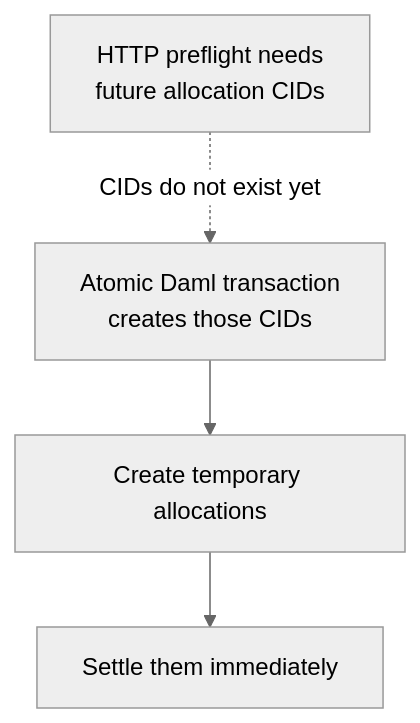
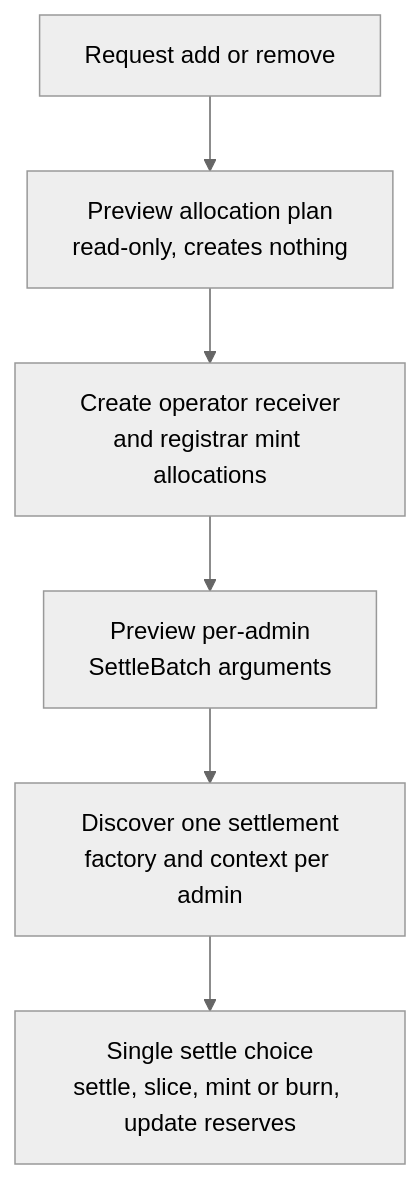
One commit to srikanth-bitdynamics/Canton-Dex-Reference-Implementation changed the third of 3 diagrams in docs/guides/choice-context.md. Above: the diagram before and after it, drawn with Mermaid (neutral theme). The commit also changed other lines of this file and 54 other files, not shown here.

````diff
--- a/docs/guides/choice-context.md
+++ b/docs/guides/choice-context.md
@@ -249,8 +266,10 @@
 ```mermaid
 flowchart TD
-  Q["HTTP preflight needs<br/>future allocation CIDs"]
-  T["Atomic Daml transaction<br/>creates those CIDs"]
-  Q -. "CIDs do not exist yet" .-> T
-  T --> C["Create temporary allocations"]
-  C --> S["Settle them immediately"]
+  R["Request add or remove"]
+  P1["Preview allocation plan<br/>read-only, creates nothing"]
+  C["Create operator receiver<br/>and registrar mint allocations"]
+  P2["Preview per-admin<br/>SettleBatch arguments"]
+  D["Discover one settlement<br/>factory and context per admin"]
+  S["Single settle choice<br/>settle, slice, mint or burn, update reserves"]
+  R --> P1 --> C --> P2 --> D --> S
 ```
````
